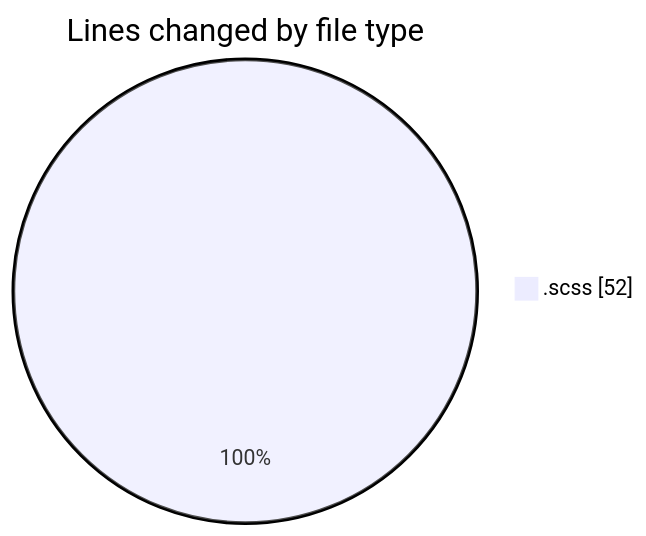
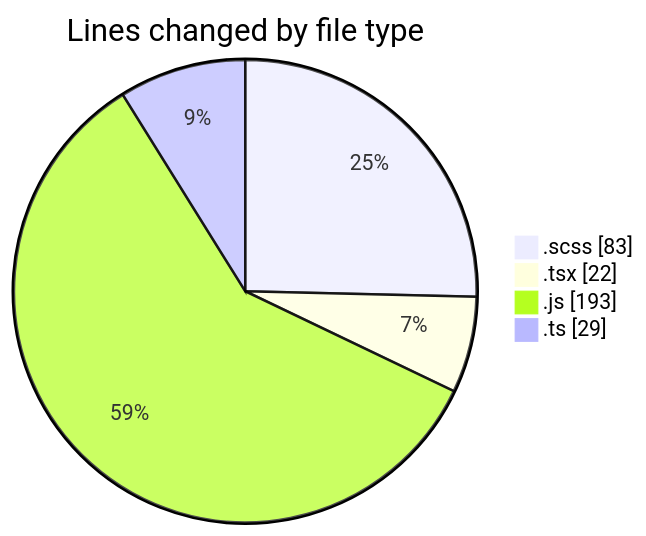
The first of 2 diagrams in 2025-03-14/cda/README.md (momahboobian/code-tracking), drawn with Mermaid before and after one commit. The commit also changed other lines of this file and 1 other file, not shown here.

````diff
--- a/2025-03-14/cda/README.md
+++ b/2025-03-14/cda/README.md
@@ -20,5 +25,8 @@
 ```mermaid
 pie showData
 title Lines changed by file type
-".scss" : 52
+".scss" : 83
+".tsx" : 22
+".js" : 193
+".ts" : 29
 ```
````
